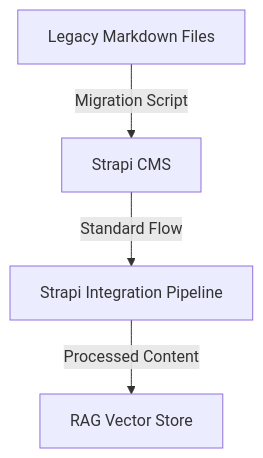
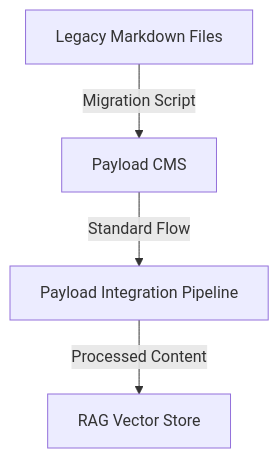
The second of 2 diagrams in cline_docs/codebaseSummary.md (IndigoNakamoto/Litecoin-Knowledge-Hub), drawn with Mermaid before and after one commit. The commit also changed other lines of this file and 5 other files, not shown here.

Commit message:
DOCS: Updated documentation for Payload CMS migration

````diff
--- a/cline_docs/codebaseSummary.md
+++ b/cline_docs/codebaseSummary.md
@@ -101,6 +105,6 @@
 ```mermaid
 graph TD
-    A[Legacy Markdown Files] -->|Migration Script| B[Strapi CMS]
-    B -->|Standard Flow| C[Strapi Integration Pipeline]
+    A[Legacy Markdown Files] -->|Migration Script| B[Payload CMS]
+    B -->|Standard Flow| C[Payload Integration Pipeline]
     C -->|Processed Content| D[RAG Vector Store]
 ```
````
